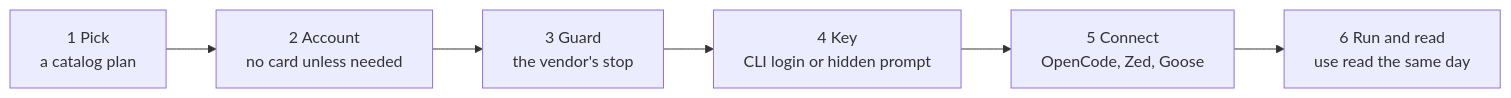
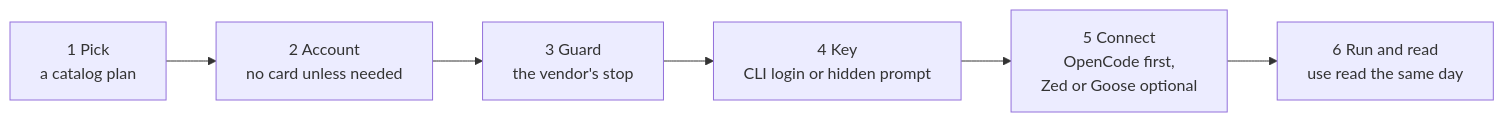
Before and after one commit to SoulCraft-Org/compute-crafter: the diagram in guides/CHECKLIST.md, drawn with Mermaid. The commit also changed 6 other files, not shown here.

First line of the commit message:
Make OpenCode first, Zed and Goose secondary (#336)

````diff
--- a/guides/CHECKLIST.md
+++ b/guides/CHECKLIST.md
@@ -5,8 +5,8 @@
 ```mermaid
 flowchart LR
   P[1 Pick<br/>a catalog plan] --> A[2 Account<br/>no card unless needed]
   A --> G[3 Guard<br/>the vendor's stop]
   G --> K[4 Key<br/>CLI login or hidden prompt]
-  K --> C[5 Connect<br/>OpenCode, Zed, Goose]
+  K --> C[5 Connect<br/>OpenCode first,<br/>Zed or Goose optional]
   C --> R[6 Run and read<br/>use read the same day]
 ```
````
